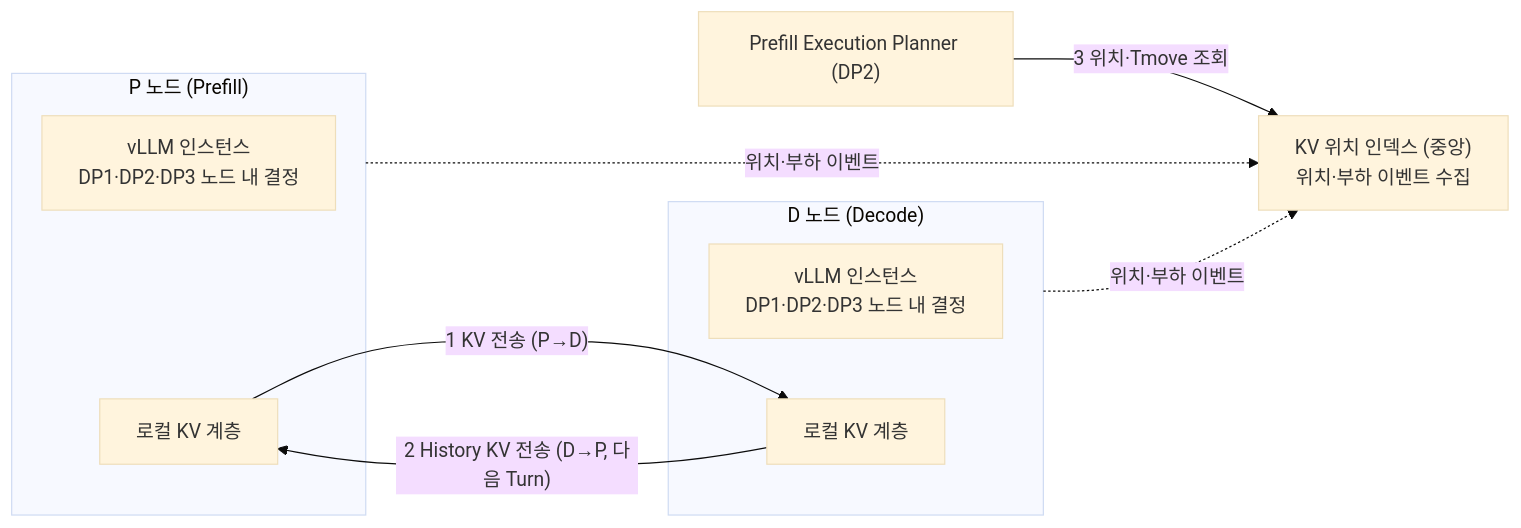
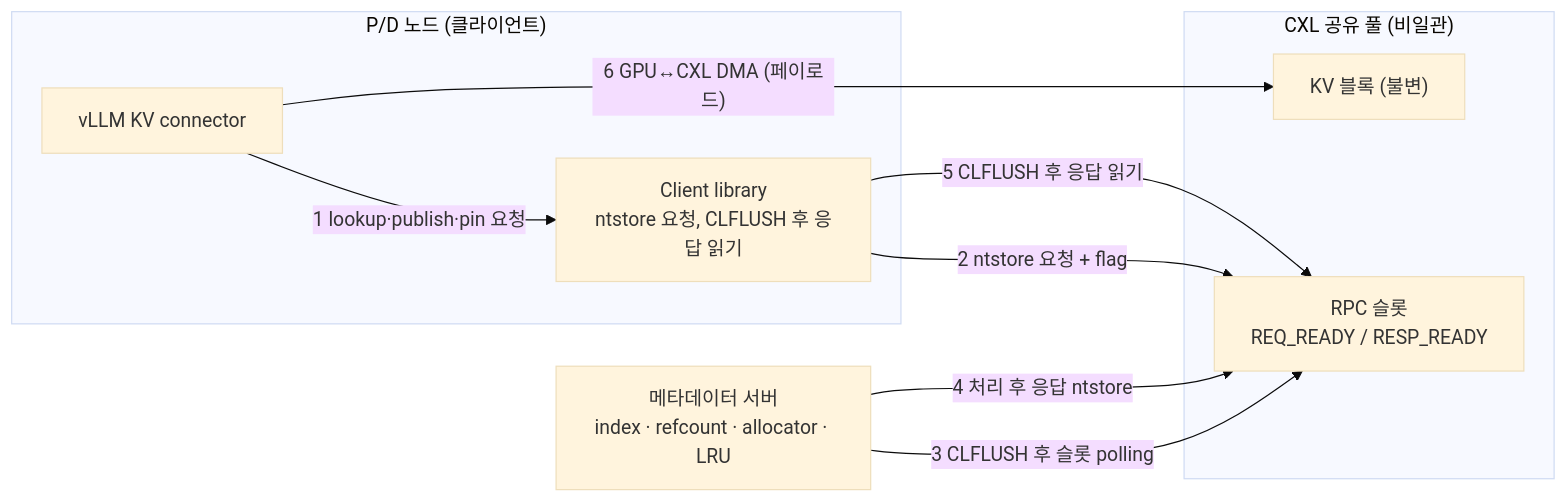
Before and after one commit to mkim0628/vllm: the first of 2 diagrams in doc-mk/DP4/dp4-inter-node-kv-sharing-structure-draft.md, drawn with Mermaid (base theme). The commit also changed other lines of this file and 6 other files, not shown here.

First line of the commit message:
docs(DP4): reframe as CXL non-coherence problem; add pre-registered evaluation plan

````diff
--- a/doc-mk/DP4/dp4-inter-node-kv-sharing-structure-draft.md
+++ b/doc-mk/DP4/dp4-inter-node-kv-sharing-structure-draft.md
@@ -73,18 +79,18 @@
 ```mermaid
 flowchart LR
-    PLAN["Prefill Execution Planner (DP2)"]
-    IDX["KV 위치 인덱스 (중앙)\n위치·부하 이벤트 수집"]
-    subgraph PN["P 노드 (Prefill)"]
-        PV["vLLM 인스턴스\nDP1·DP2·DP3 노드 내 결정"]
-        PKV["로컬 KV 계층"]
+    subgraph N1["P/D 노드 (클라이언트)"]
+        EG["vLLM KV connector"]
+        CL["Client library\nntstore 요청, CLFLUSH 후 응답 읽기"]
     end
-    subgraph DN["D 노드 (Decode)"]
-        DV["vLLM 인스턴스\nDP1·DP2·DP3 노드 내 결정"]
-        DKV["로컬 KV 계층"]
+    subgraph POOL["CXL 공유 풀 (비일관)"]
+        SLOT["RPC 슬롯\nREQ_READY / RESP_READY"]
+        BLK["KV 블록 (불변)"]
     end
-    PKV -- "1 KV 전송 (P→D)" --> DKV
-    DKV -- "2 History KV 전송 (D→P, 다음 Turn)" --> PKV
-    PLAN -- "3 위치·Tmove 조회" --> IDX
-    PN -. "위치·부하 이벤트" .-> IDX
-    DN -. "위치·부하 이벤트" .-> IDX
+    SRV["메타데이터 서버\nindex · refcount · allocator · LRU"]
+    EG -- "1 lookup·publish·pin 요청" --> CL
+    CL -- "2 ntstore 요청 + flag" --> SLOT
+    SRV -- "3 CLFLUSH 후 슬롯 polling" --> SLOT
+    SRV -- "4 처리 후 응답 ntstore" --> SLOT
+    CL -- "5 CLFLUSH 후 응답 읽기" --> SLOT
+    EG -- "6 GPU↔CXL DMA (페이로드)" --> BLK
 ```
````
